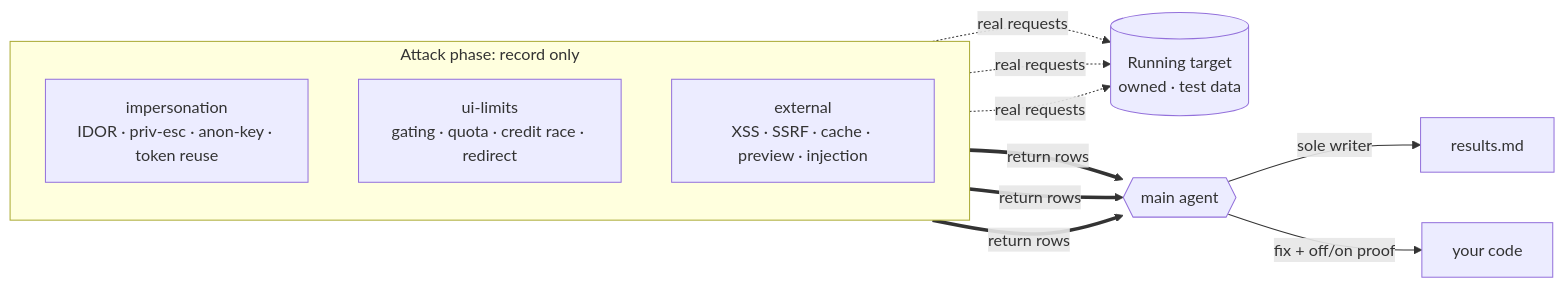
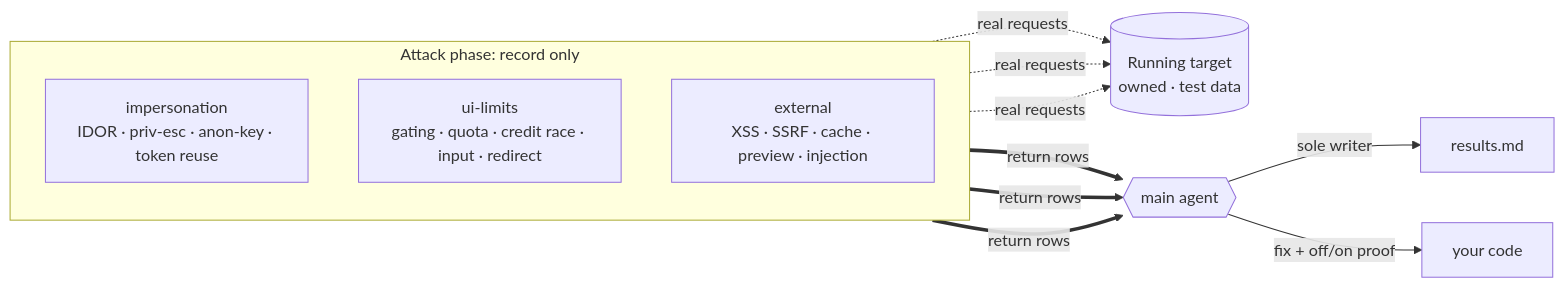
The second of 2 diagrams in README.md (konraddzbik/red-team-skills), drawn with Mermaid before and after one commit. The commit also changed other lines of this file and 7 other files, not shown here.

````diff
--- a/README.md
+++ b/README.md
@@ -76,16 +76,16 @@
 ```mermaid
 flowchart LR
     subgraph attack["Attack phase: record only"]
       direction TB
       I["impersonation<br/>IDOR · priv-esc · anon-key · token reuse"]
-      U["ui-limits<br/>gating · quota · credit race · redirect"]
+      U["ui-limits<br/>gating · quota · credit race · input · redirect"]
       E["external<br/>XSS · SSRF · cache · preview · injection"]
     end
     T[("Running target<br/>owned · test data")]
     I -. "real requests" .-> T
     U -. "real requests" .-> T
     E -. "real requests" .-> T
     I & U & E ==>|"return rows"| MAIN{{"main agent"}}
     MAIN -->|"sole writer"| OUT["results.md"]
     MAIN -->|"fix + off/on proof"| CODE["your code"]
 ```
````
